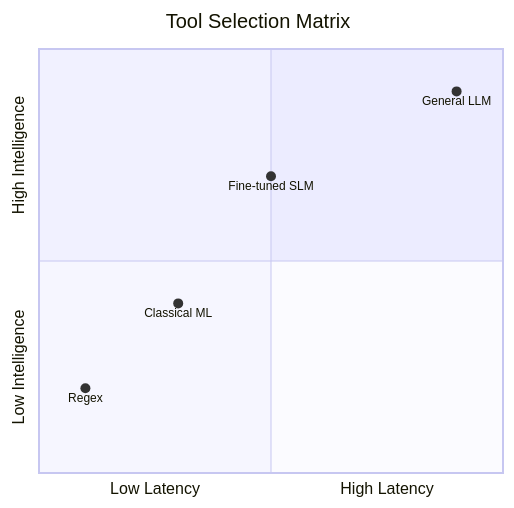
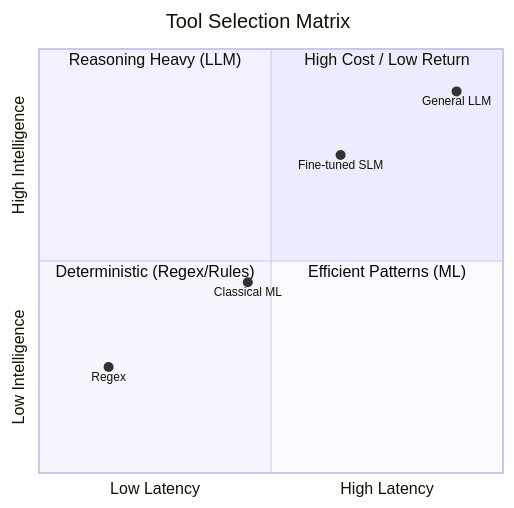
Before and after one commit to MohibUllahKhanSherwani/applied-ai-systems-backend-systems-roadmap: the diagram in README.md, drawn with Mermaid.

Commit message:
add diagram

````diff
--- a/README.md
+++ b/README.md
@@ -73,10 +73,14 @@
 ```mermaid
 quadrantChart
     title Tool Selection Matrix
-    x-axis Low Latency --> High Latency
-    y-axis Low Intelligence --> High Intelligence
-    "Regex" : [0.1, 0.2]
-    "Classical ML" : [0.3, 0.4]
-    "Fine-tuned SLM" : [0.5, 0.7]
-    "General LLM" : [0.9, 0.9]
+    x-axis "Low Latency" --> "High Latency"
+    y-axis "Low Intelligence" --> "High Intelligence"
+    quadrant-1 "High Cost / Low Return"
+    quadrant-2 "Reasoning Heavy (LLM)"
+    quadrant-3 "Deterministic (Regex/Rules)"
+    quadrant-4 "Efficient Patterns (ML)"
+    "Regex": [0.15, 0.25]
+    "Classical ML": [0.45, 0.45]
+    "Fine-tuned SLM": [0.65, 0.75]
+    "General LLM": [0.90, 0.90]
 ```
````
